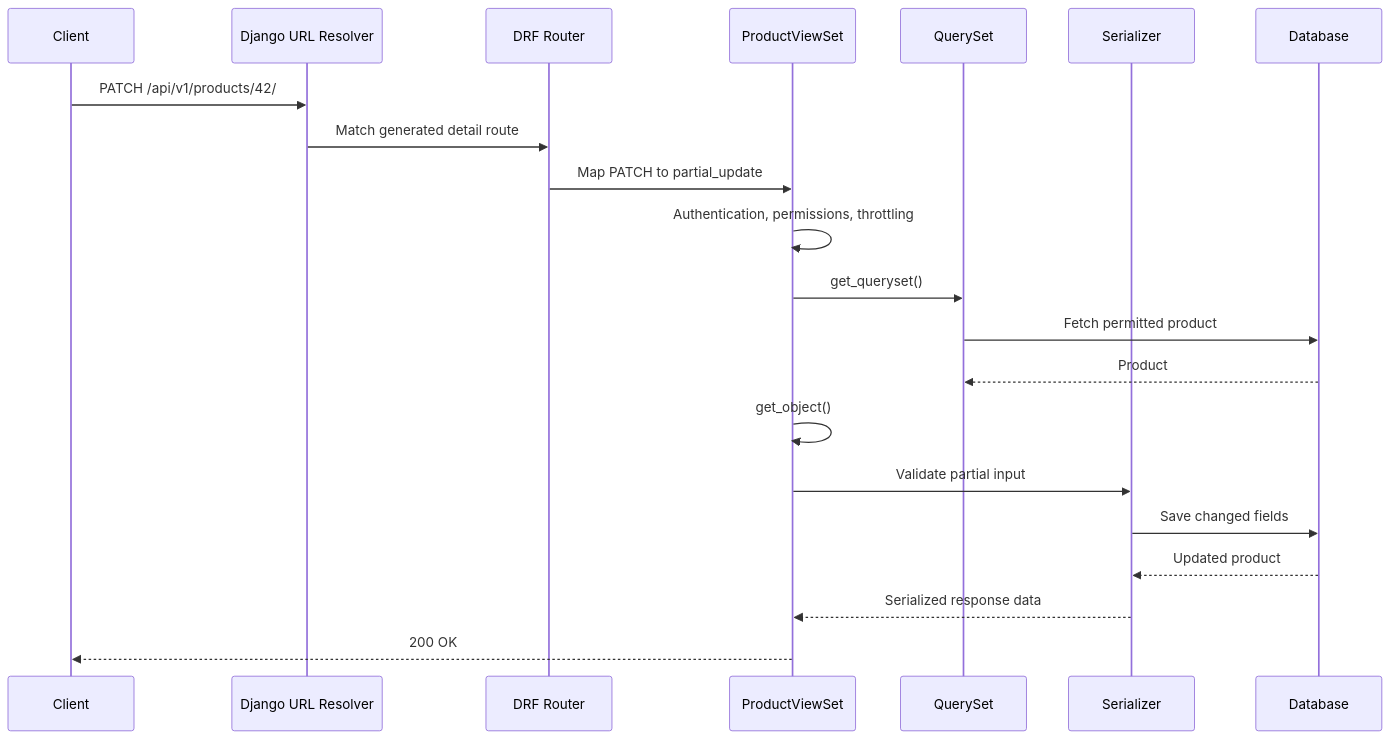
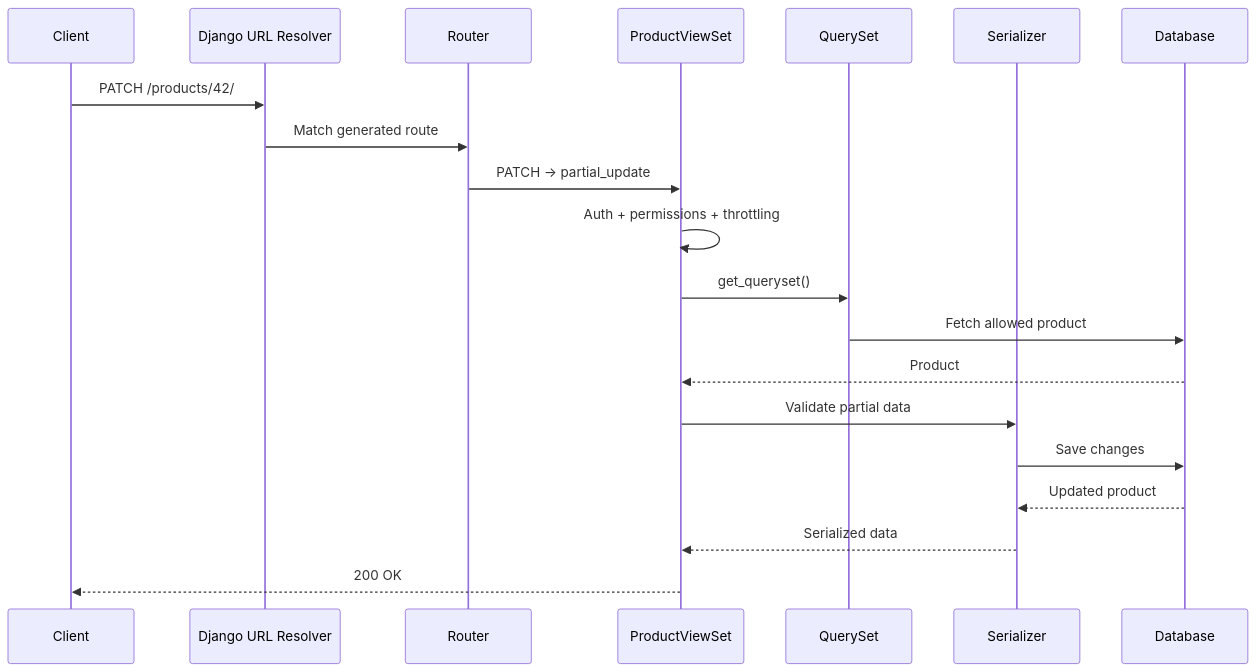
Before and after one commit to AvadhBhalodiya/Interview-Preparation: the third of 3 diagrams in src/content/drf/viewsets-routers.md, drawn with Mermaid. The commit also changed other lines of this file and 80 other files, not shown here.

````diff
--- a/src/content/drf/viewsets-routers.md
+++ b/src/content/drf/viewsets-routers.md
@@ -1297,24 +642,23 @@
 ```mermaid
 sequenceDiagram
     participant C as Client
-    participant D as Django URL Resolver
-    participant R as DRF Router
+    participant U as Django URL Resolver
+    participant R as Router
     participant V as ProductViewSet
     participant Q as QuerySet
     participant S as Serializer
     participant DB as Database
 
-    C->>D: PATCH /api/v1/products/42/
-    D->>R: Match generated detail route
-    R->>V: Map PATCH to partial_update
-    V->>V: Authentication, permissions, throttling
+    C->>U: PATCH /products/42/
+    U->>R: Match generated route
+    R->>V: PATCH -> partial_update
+    V->>V: Auth + permissions + throttling
     V->>Q: get_queryset()
-    Q->>DB: Fetch permitted product
-    DB-->>Q: Product
-    V->>V: get_object()
-    V->>S: Validate partial input
-    S->>DB: Save changed fields
+    Q->>DB: Fetch allowed product
+    DB-->>V: Product
+    V->>S: Validate partial data
+    S->>DB: Save changes
     DB-->>S: Updated product
-    S-->>V: Serialized response data
+    S-->>V: Serialized data
     V-->>C: 200 OK
 ```
````
